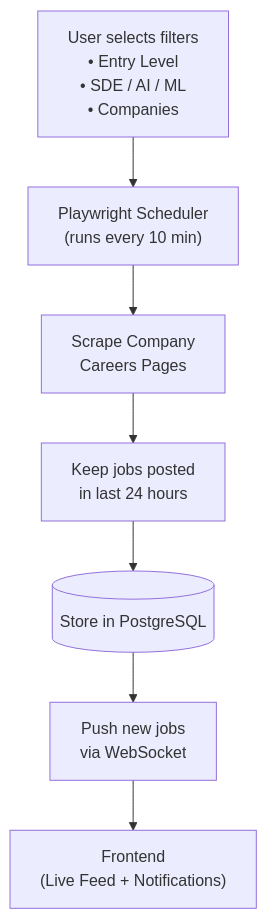
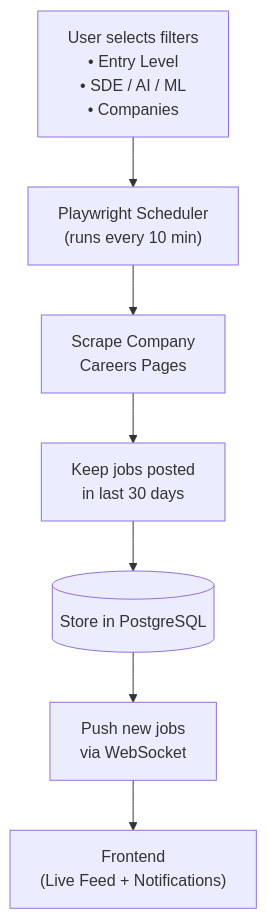
The diagram in README.md (ChetanyaRathi/job-scraper), drawn with Mermaid before and after one commit. The commit also changed other lines of this file, not shown here.

````diff
--- a/README.md
+++ b/README.md
@@ -24,9 +24,9 @@
 ```mermaid
 flowchart TD
     A["User selects filters<br/>• Entry Level<br/>• SDE / AI / ML<br/>• Companies"] --> B["Playwright Scheduler<br/>(runs every 10 min)"]
     B --> C["Scrape Company<br/>Careers Pages"]
-    C --> D["Keep jobs posted<br/>in last 24 hours"]
+    C --> D["Keep jobs posted<br/>in last 30 days"]
     D --> E[("Store in PostgreSQL")]
     E --> F["Push new jobs<br/>via WebSocket"]
     F --> G["Frontend<br/>(Live Feed + Notifications)"]
 ```
````
